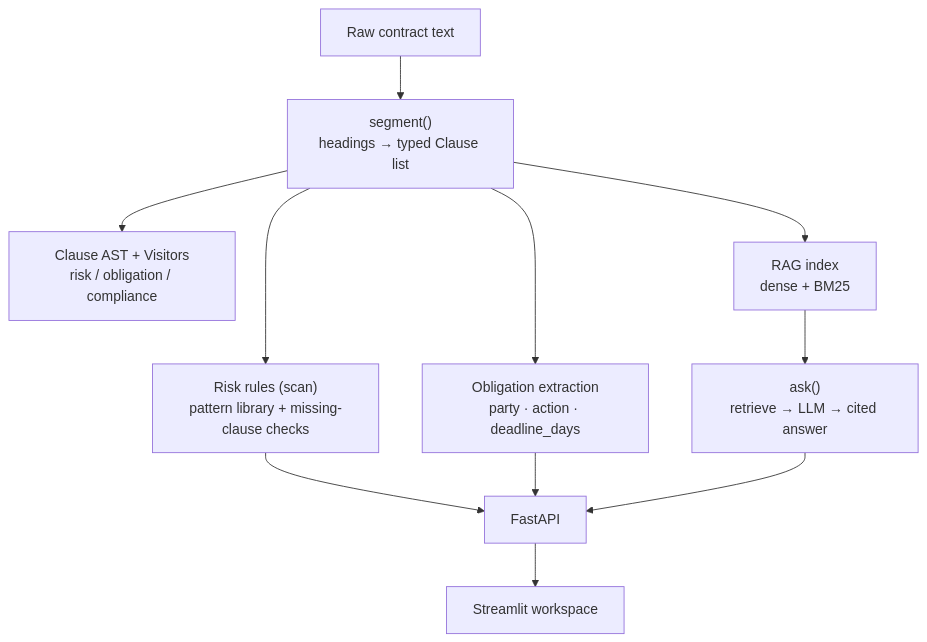
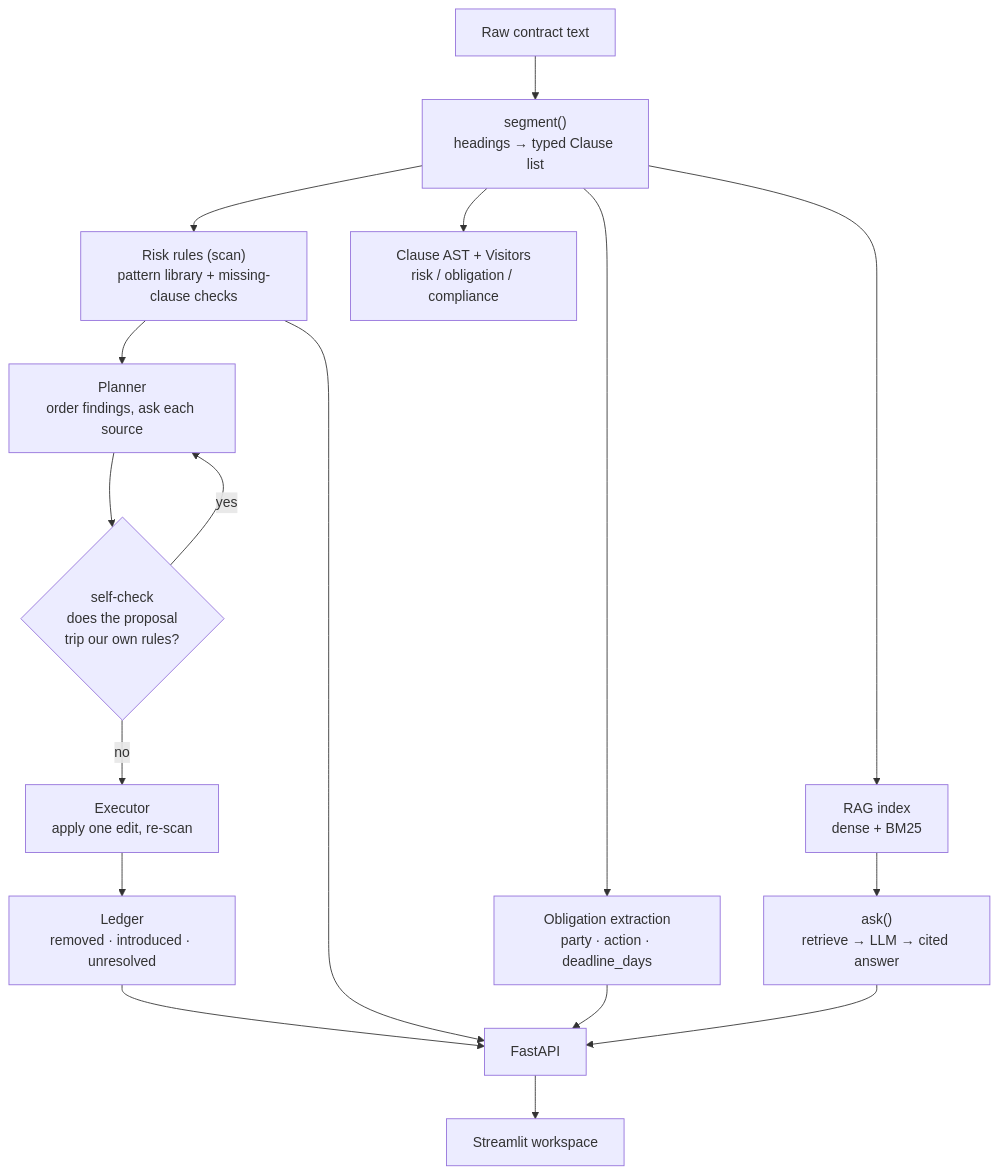
The first of 2 diagrams in README.md (jackson-marcus/Contract-Guard), drawn with Mermaid before and after one commit. The commit also changed other lines of this file and 16 other files, not shown here.

````diff
--- a/README.md
+++ b/README.md
@@ -41,13 +42,19 @@
 ```mermaid
 flowchart TD
     T["Raw contract text"] --> S["segment()<br/>headings → typed Clause list"]
     S --> R["Risk rules (scan)<br/>pattern library + missing-clause checks"]
     S --> O["Obligation extraction<br/>party · action · deadline_days"]
     S --> V["Clause AST + Visitors<br/>risk / obligation / compliance"]
     S --> IDX["RAG index<br/>dense + BM25"]
     IDX --> A["ask()<br/>retrieve → LLM → cited answer"]
-    R --> API["FastAPI"]
+    R --> P["Planner<br/>order findings, ask each source"]
+    P --> SC{"self-check<br/>does the proposal<br/>trip our own rules?"}
+    SC -->|"yes"| P
+    SC -->|"no"| EX["Executor<br/>apply one edit, re-scan"]
+    EX --> L["Ledger<br/>removed · introduced · unresolved"]
+    L --> API["FastAPI"]
+    R --> API
     O --> API
     A --> API
     API --> UI["Streamlit workspace"]
 ```
````
